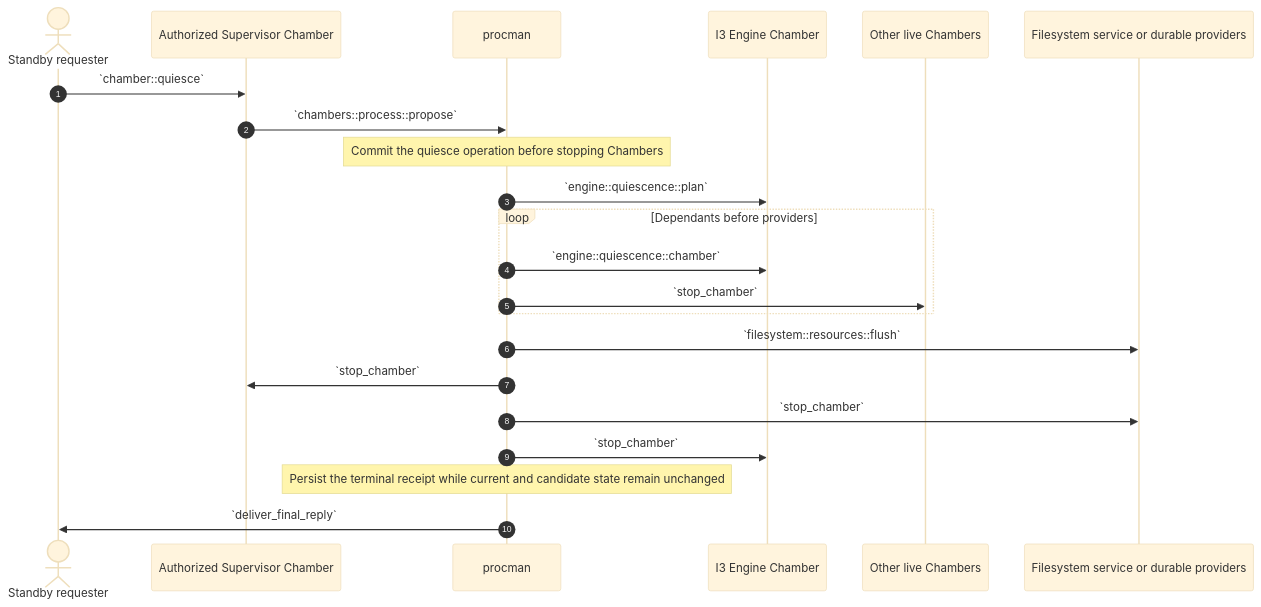
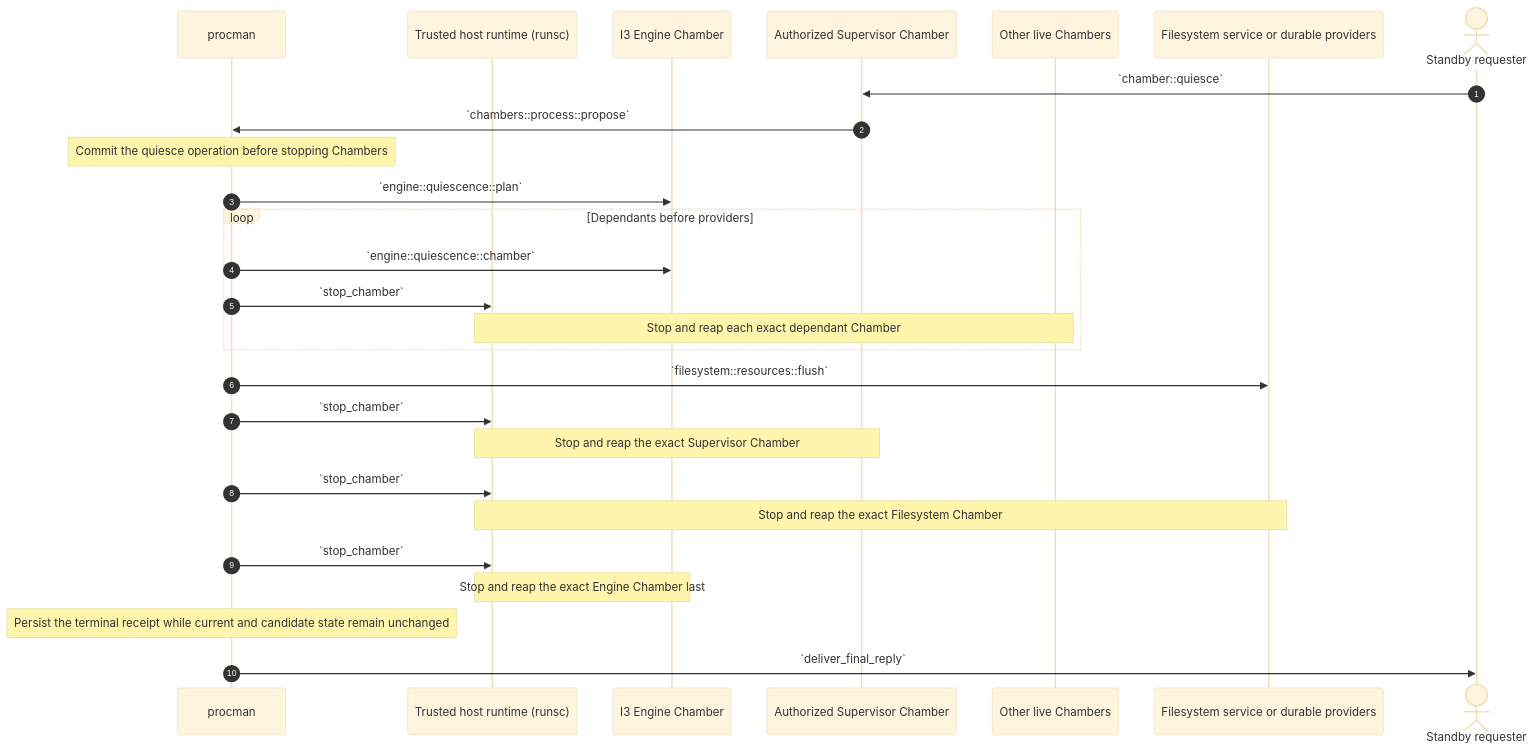
Before and after one commit to dreamcatcher-tech/chambers-lifecycle-explorer: diagram 11 of 11 in source/chambers-lifecycle-sequences.md, drawn with Mermaid (base theme). The commit also changed other lines of this file and 9 other files, not shown here.

````diff
--- a/source/chambers-lifecycle-sequences.md
+++ b/source/chambers-lifecycle-sequences.md
@@ -895,27 +922,32 @@
 ```mermaid
 sequenceDiagram
     autonumber
-    actor Requester as Standby requester
+    participant procman
+    participant Runtime as Trusted host runtime (runsc)
+    participant Engine as I3 Engine Chamber
     participant Supervisor as Authorized Supervisor Chamber
-    participant procman
-    participant Engine as I3 Engine Chamber
     participant Members as Other live Chambers
     participant Filesystem as Filesystem service or durable providers
+    actor Requester as Standby requester
 
     Requester->>Supervisor: `chamber::quiesce`
     Supervisor->>procman: `chambers::process::propose`
     Note over procman: Commit the quiesce operation before stopping Chambers
     procman->>Engine: `engine::quiescence::plan`
 
     loop Dependants before providers
         procman->>Engine: `engine::quiescence::chamber`
-        procman->>Members: `stop_chamber`
+        procman->>Runtime: `stop_chamber`
+        Note over Runtime,Members: Stop and reap each exact dependant Chamber
     end
 
     procman->>Filesystem: `filesystem::resources::flush`
-    procman->>Supervisor: `stop_chamber`
-    procman->>Filesystem: `stop_chamber`
-    procman->>Engine: `stop_chamber`
+    procman->>Runtime: `stop_chamber`
+    Note over Runtime,Supervisor: Stop and reap the exact Supervisor Chamber
+    procman->>Runtime: `stop_chamber`
+    Note over Runtime,Filesystem: Stop and reap the exact Filesystem Chamber
+    procman->>Runtime: `stop_chamber`
+    Note over Runtime,Engine: Stop and reap the exact Engine Chamber last
     Note over procman: Persist the terminal receipt while current and candidate state remain unchanged
     procman->>Requester: `deliver_final_reply`
 ```
````
